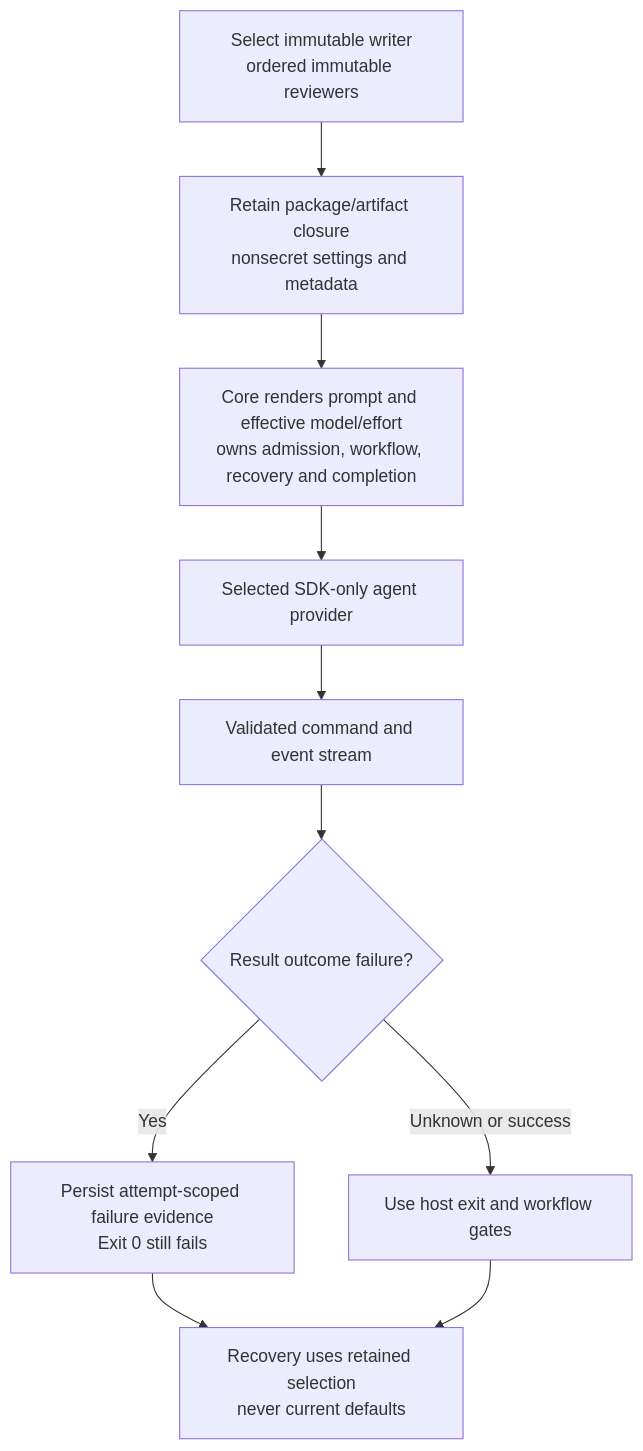
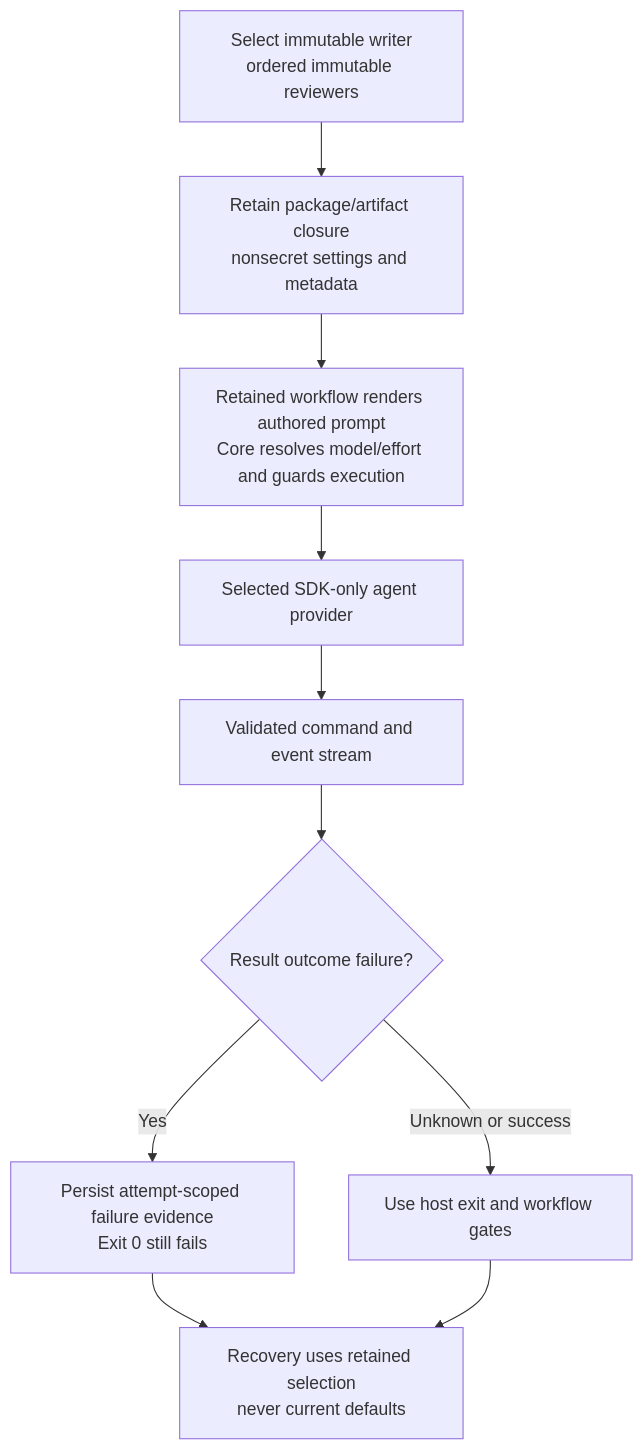
Diagram 12 of 21 in docs/helmsman-process.md (nloehlein-godaddy/helmsman), drawn with Mermaid before and after one commit. The commit also changed other lines of this file and 73 other files, not shown here.

Commit message:
feat(plugins): extract retained workflow prompts and stage policy

````diff
--- a/docs/helmsman-process.md
+++ b/docs/helmsman-process.md
@@ -295,12 +295,12 @@
 ```mermaid
 flowchart TD
     Select[Select immutable writer<br/>ordered immutable reviewers] --> Closure[Retain package/artifact closure<br/>nonsecret settings and metadata]
-    Closure --> Core[Core renders prompt and effective model/effort<br/>owns admission, workflow, recovery and completion]
+    Closure --> Core[Retained workflow renders authored prompt<br/>Core resolves model/effort and guards execution]
     Core --> Provider[Selected SDK-only agent provider]
     Provider --> Events[Validated command and event stream]
     Events --> Failure{Result outcome failure?}
     Failure -->|Yes| Journal[Persist attempt-scoped failure evidence<br/>Exit 0 still fails]
     Failure -->|Unknown or success| Exit[Use host exit and workflow gates]
     Journal --> Recovery[Recovery uses retained selection<br/>never current defaults]
     Exit --> Recovery
 ```
````
